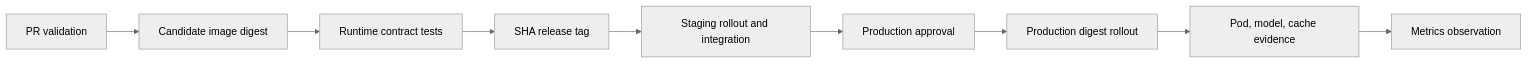
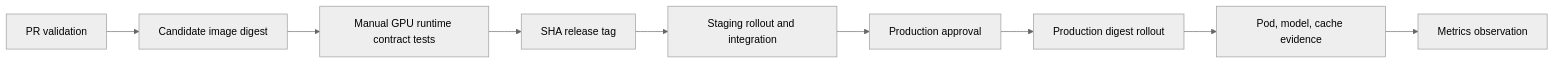
One commit to jaejungscene/triton-infer-server-handbook changed the diagram in docs/release-evidence.md. Above: the diagram before and after it, drawn with Mermaid (neutral theme). The commit also changed other lines of this file and 11 other files, not shown here.

Commit message:
ci: gate releases on manual GPU validation

````diff
--- a/docs/release-evidence.md
+++ b/docs/release-evidence.md
@@ -24,11 +24,11 @@
 ```mermaid
 flowchart LR
     pr["PR validation"] --> candidate["Candidate image digest"]
-    candidate --> contract["Runtime contract tests"]
+    candidate --> contract["Manual GPU runtime contract tests"]
     contract --> release["SHA release tag"]
     release --> staging["Staging rollout and integration"]
     staging --> approval["Production approval"]
     approval --> prod["Production digest rollout"]
     prod --> evidence["Pod, model, cache evidence"]
     evidence --> observe["Metrics observation"]
 ```
````
